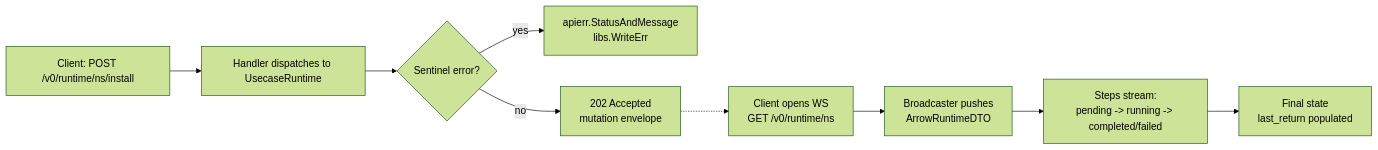
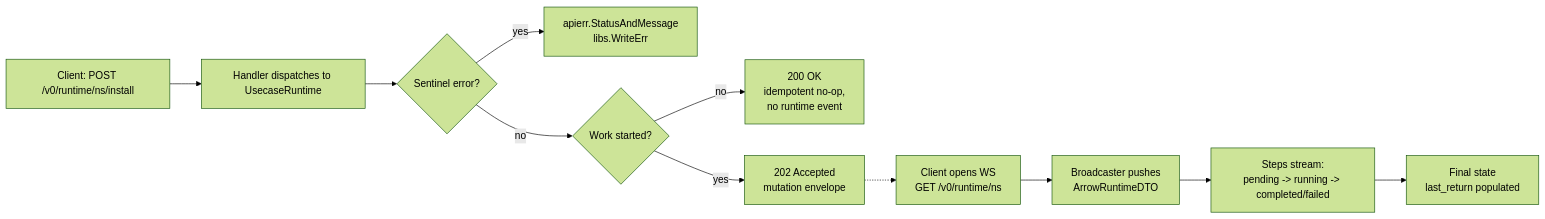
The second of 2 diagrams in docs/spec/http-api.md (rabbytesoftware/quiver.core), drawn with Mermaid (forest theme) before and after one commit. The commit also changed other lines of this file and 357 other files, not shown here.

````diff
--- a/docs/spec/http-api.md
+++ b/docs/spec/http-api.md
@@ -443,11 +469,13 @@
 ```mermaid
 flowchart LR
     A[Client: POST /v0/runtime/ns/install] --> B[Handler dispatches to UsecaseRuntime]
     B --> C{Sentinel error?}
     C -- yes --> E[apierr.StatusAndMessage<br/>libs.WriteErr]
-    C -- no --> D[202 Accepted<br/>mutation envelope]
+    C -- no --> S{Work started?}
+    S -- no --> N[200 OK<br/>idempotent no-op,<br/>no runtime event]
+    S -- yes --> D[202 Accepted<br/>mutation envelope]
     D -.-> F[Client opens WS<br/>GET /v0/runtime/ns]
     F --> G[Broadcaster pushes<br/>ArrowRuntimeDTO]
     G --> H[Steps stream:<br/>pending -> running -> completed/failed]
     H --> I[Final state<br/>last_return populated]
 ```
````
